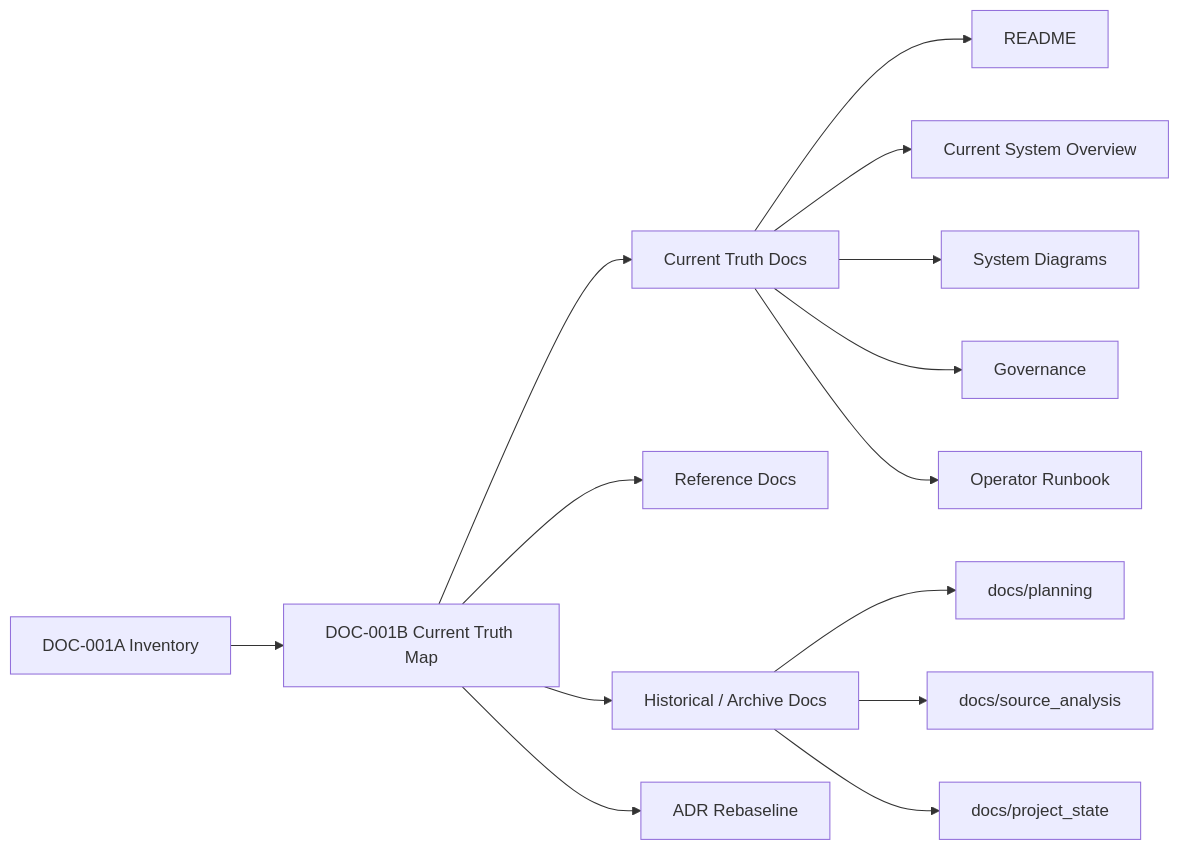
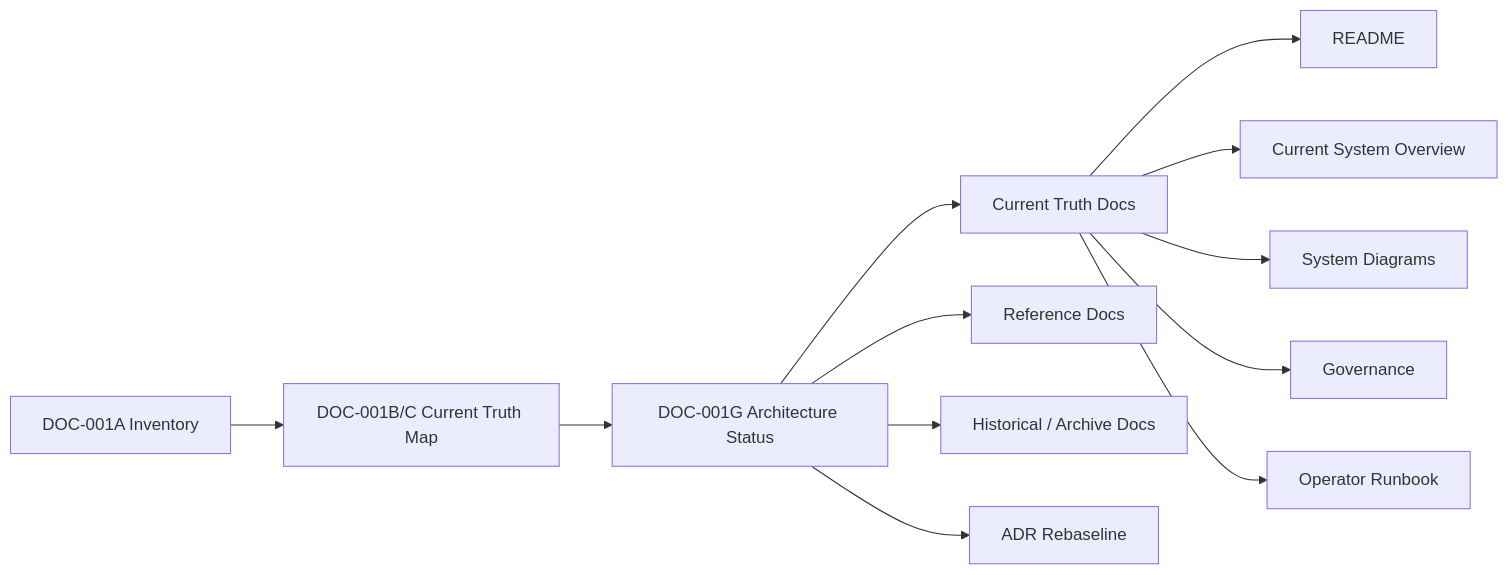
The sixth of 6 diagrams in docs/architecture/system_diagrams.md (jenshaberle-dotcom/job-application-pipeline), drawn with Mermaid before and after one commit. The commit also changed other lines of this file and 11 other files, not shown here.

Commit message:
Consolidate architecture documentation and diagrams (#194)

````diff
--- a/docs/architecture/system_diagrams.md
+++ b/docs/architecture/system_diagrams.md
@@ -79,18 +151,22 @@
 ```mermaid
 flowchart LR
-    INV[DOC-001A Inventory] --> MAP[DOC-001B Current Truth Map]
-    MAP --> CUR[Current Truth Docs]
-    MAP --> REF[Reference Docs]
-    MAP --> ARC[Historical / Archive Docs]
-    MAP --> ADR[ADR Rebaseline]
+    INV[DOC-001A Inventory]
+    MAP[DOC-001B/C Current Truth Map]
+    STATUS[DOC-001G Architecture Status]
+    CUR[Current Truth Docs]
+    REF[Reference Docs]
+    ARC[Historical / Archive Docs]
+    ADR[ADR Rebaseline]
+
+    INV --> MAP --> STATUS
+    STATUS --> CUR
+    STATUS --> REF
+    STATUS --> ARC
+    STATUS --> ADR
 
     CUR --> README[README]
     CUR --> ARCH[Current System Overview]
     CUR --> DIAG[System Diagrams]
     CUR --> GOV[Governance]
     CUR --> RUN[Operator Runbook]
-
-    ARC --> PLAN[docs/planning]
-    ARC --> SRC[docs/source_analysis]
-    ARC --> STATE[docs/project_state]
 ```
````
